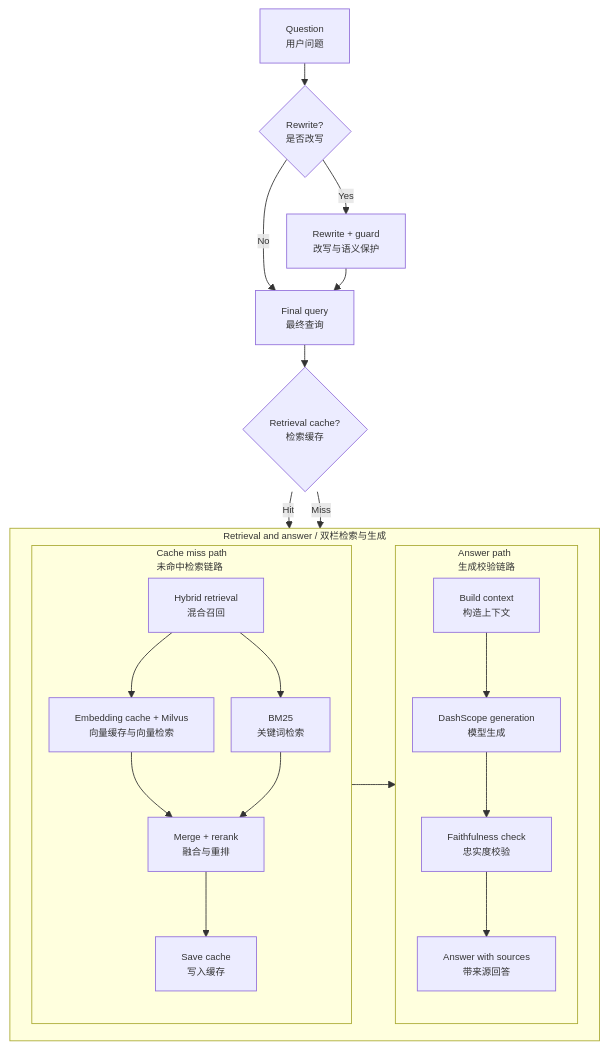
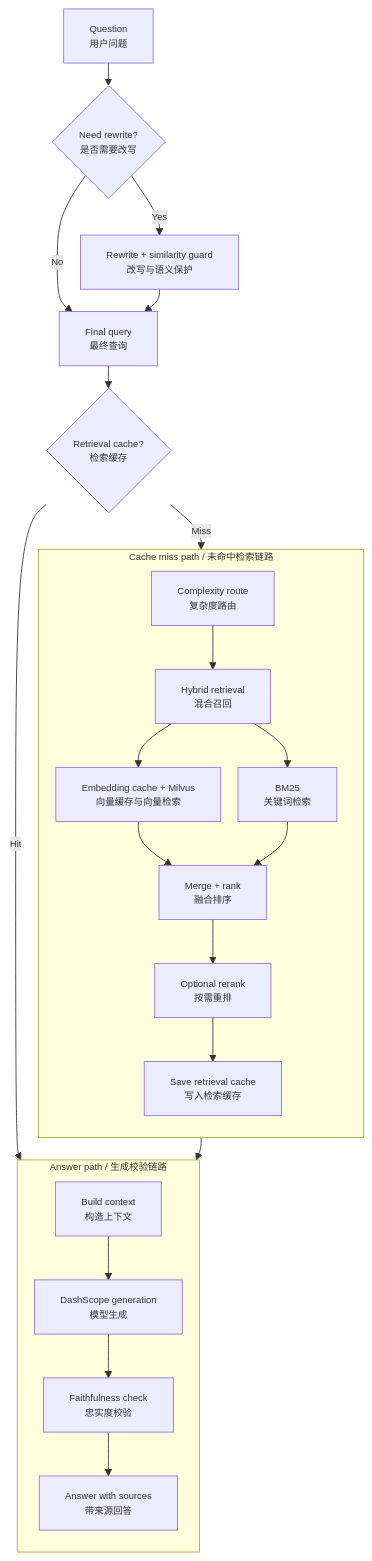
One commit to ember056/devassist-agent changed the second of 3 diagrams in README.md. Above: the diagram before and after it, drawn with Mermaid. The commit also changed other lines of this file and 17 other files, not shown here.

````diff
--- a/README.md
+++ b/README.md
@@ -110,33 +49,31 @@
 ```mermaid
 %%{init: {"themeVariables": {"fontSize": "11px"}, "flowchart": {"nodeSpacing": 20, "rankSpacing": 26}}}%%
 flowchart TD
-    Q["Question<br/>用户问题"] --> GATE{"Rewrite?<br/>是否改写"}
+    Q["Question<br/>用户问题"] --> GATE{"Need rewrite?<br/>是否需要改写"}
     GATE -- "No" --> FQ["Final query<br/>最终查询"]
-    GATE -- "Yes" --> RW["Rewrite + guard<br/>改写与语义保护"]
+    GATE -- "Yes" --> RW["Rewrite + similarity guard<br/>改写与语义保护"]
     RW --> FQ
     FQ --> CACHE{"Retrieval cache?<br/>检索缓存"}
 
-    subgraph TwoCol["Retrieval and answer / 双栏检索与生成"]
-        direction LR
+    subgraph RET["Cache miss path / 未命中检索链路"]
+        direction TB
+        ROUTE["Complexity route<br/>复杂度路由"] --> HY["Hybrid retrieval<br/>混合召回"]
+        HY --> VEC["Embedding cache + Milvus<br/>向量缓存与向量检索"]
+        HY --> BM25["BM25<br/>关键词检索"]
+        VEC --> MERGE["Merge + rank<br/>融合排序"]
+        BM25 --> MERGE
+        MERGE --> RERANK["Optional rerank<br/>按需重排"]
+        RERANK --> SAVE["Save retrieval cache<br/>写入检索缓存"]
+    end
 
-        subgraph MISS["Cache miss path<br/>未命中检索链路"]
-            direction TB
-            HY["Hybrid retrieval<br/>混合召回"] --> VEC["Embedding cache + Milvus<br/>向量缓存与向量检索"]
-            HY --> BM25["BM25<br/>关键词检索"]
-            VEC --> MERGE["Merge + rerank<br/>融合与重排"]
-            BM25 --> MERGE
-            MERGE --> SAVE["Save cache<br/>写入缓存"]
-        end
-
-        subgraph ANSWER["Answer path<br/>生成校验链路"]
-            direction TB
-            CTX["Build context<br/>构造上下文"] --> LLM["DashScope generation<br/>模型生成"]
-            LLM --> FAITH["Faithfulness check<br/>忠实度校验"]
-            FAITH --> OUT["Answer with sources<br/>带来源回答"]
-        end
+    subgraph ANS["Answer path / 生成校验链路"]
+        direction TB
+        CTX["Build context<br/>构造上下文"] --> LLM["DashScope generation<br/>模型生成"]
+        LLM --> FAITH["Faithfulness check<br/>忠实度校验"]
+        FAITH --> OUT["Answer with sources<br/>带来源回答"]
     end
 
     CACHE -- "Hit" --> CTX
-    CACHE -- "Miss" --> HY
+    CACHE -- "Miss" --> ROUTE
     SAVE --> CTX
 ```
````
